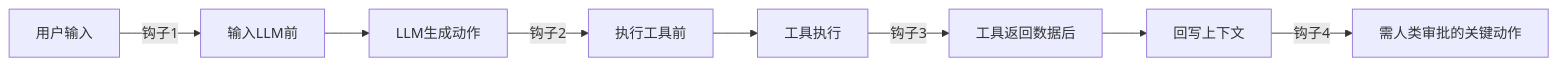
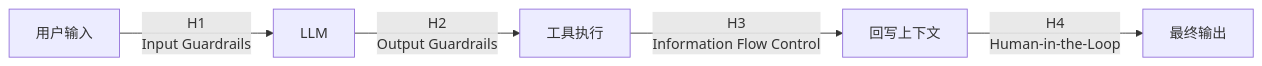
One commit to tsukino-ai/notes changed the sixth of 6 diagrams in content/30-Agent工程/2024-09-26-agent-harness-engineering-survey.md. Above: the diagram before and after it, drawn with Mermaid. The commit also changed other lines of this file, not shown here.

````diff
--- a/content/30-Agent工程/2024-09-26-agent-harness-engineering-survey.md
+++ b/content/30-Agent工程/2024-09-26-agent-harness-engineering-survey.md
@@ -286,10 +298,7 @@
 ```mermaid
 graph LR
-    A[用户输入] -->|钩子1| B[输入LLM前]
-    B --> C[LLM生成动作]
-    C -->|钩子2| D[执行工具前]
-    D --> E[工具执行]
-    E -->|钩子3| F[工具返回数据后]
-    F --> G[回写上下文]
-    G -->|钩子4| H[需人类审批的关键动作]
+    A[用户输入] -->|H1<br/>Input Guardrails| B[LLM]
+    B -->|H2<br/>Output Guardrails| C[工具执行]
+    C -->|H3<br/>Information Flow Control| D[回写上下文]
+    D -->|H4<br/>Human-in-the-Loop| E[最终输出]
 ```
````
